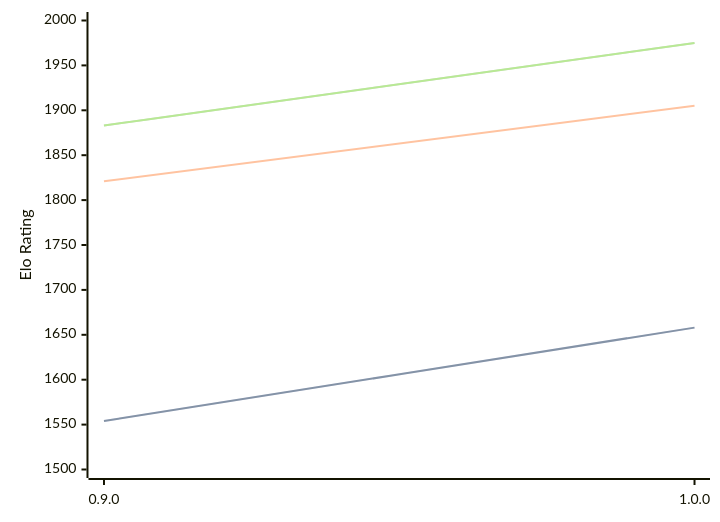
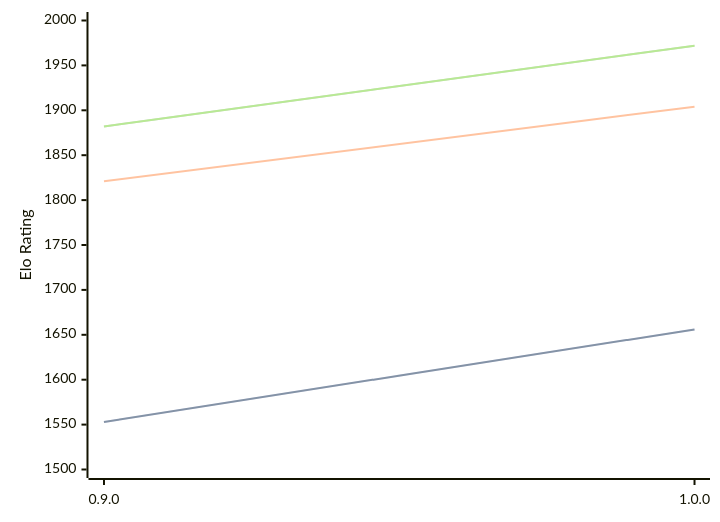
One commit to computer-chess-index/cci changed the diagram in engines/Ratsu.md. Above: the diagram before and after it, drawn with Mermaid. The commit also changed other lines of this file, not shown here.

Commit message:
Update CCI Ratings (ELO VLTC) - 2026-04-06

````diff
--- a/engines/Ratsu.md
+++ b/engines/Ratsu.md
@@ -32,11 +32,11 @@
 ```mermaid
 %%{init: {"theme":"base","themeVariables":{"seriesColors:['#a3a3a3','#222221','#faa371']}}}%%
 xychart-beta
   x-axis ["0.9.0", "1.0.0"]
   y-axis "Elo Rating" 1500 --> 2000
-  line "STC (8.0+0.08s)" [1554, 1658]
-  line "STC (8.0+0.08s)" [1554, 1658]
-  line "LTC (60.0+0.60s)" [1821, 1905]
-  line "VLTC (2m24s+1.12s)" [1883, 1975]
-  line "VLTC (2m24s+1.12s)" [1883, 1975]
+  line "STC (8.0+0.08s)" [1553, 1656]
+  line "STC (8.0+0.08s)" [1553, 1656]
+  line "LTC (60.0+0.60s)" [1821, 1904]
+  line "VLTC (2m24s+1.12s)" [1882, 1972]
+  line "VLTC (2m24s+1.12s)" [1882, 1972]
 ```
````
